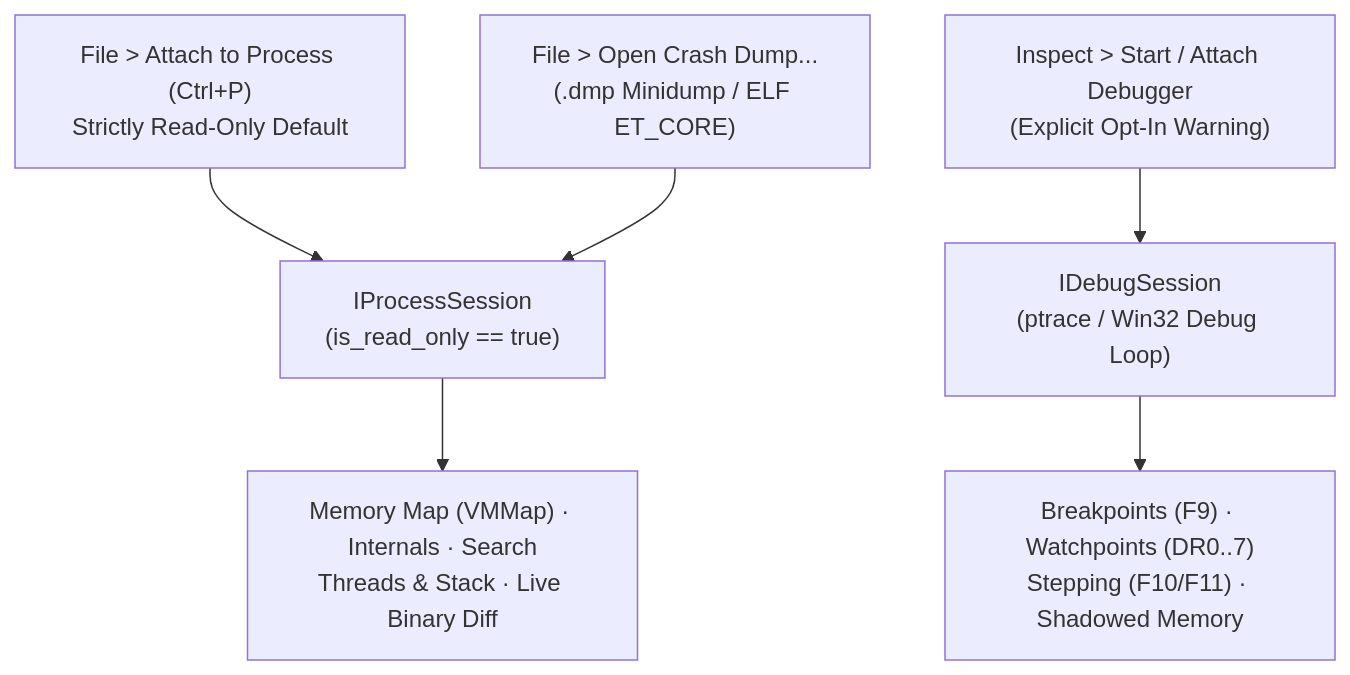
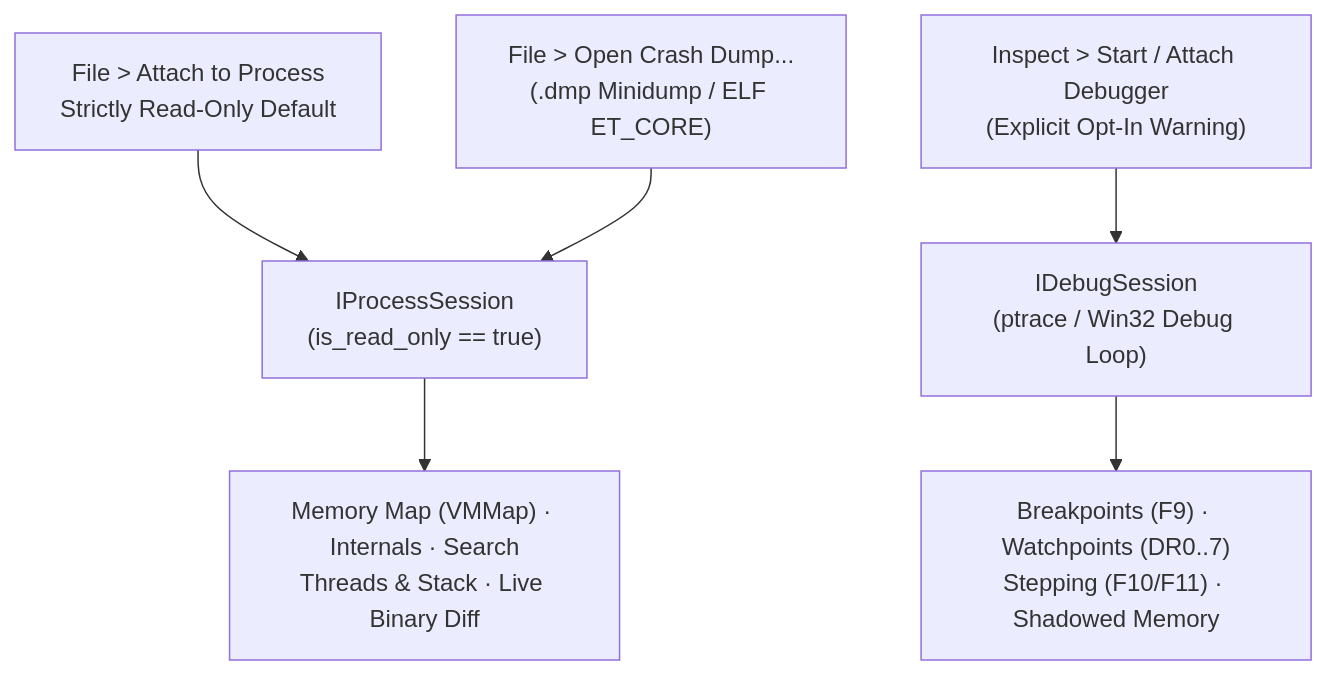
One commit to wsollers/exe_viewer changed the fourth of 5 diagrams in docs/USER_GUIDE.md. Above: the diagram before and after it, drawn with Mermaid. The commit also changed other lines of this file, not shown here.

````diff
--- a/docs/USER_GUIDE.md
+++ b/docs/USER_GUIDE.md
@@ -395,8 +543,8 @@
 ```mermaid
 flowchart TD
-    p1["File > Attach to Process (Ctrl+P)<br/>Strictly Read-Only Default"] --> ro["IProcessSession<br/>(is_read_only == true)"]
+    p1["File > Attach to Process<br/>Strictly Read-Only Default"] --> ro["IProcessSession<br/>(is_read_only == true)"]
     p2["File > Open Crash Dump...<br/>(.dmp Minidump / ELF ET_CORE)"] --> ro
     p3["Inspect > Start / Attach Debugger<br/>(Explicit Opt-In Warning)"] --> dbg["IDebugSession<br/>(ptrace / Win32 Debug Loop)"]
     ro --> panels["Memory Map (VMMap) · Internals · Search<br/>Threads & Stack · Live Binary Diff"]
     dbg --> dbgui["Breakpoints (F9) · Watchpoints (DR0..7)<br/>Stepping (F10/F11) · Shadowed Memory"]
 ```
````
